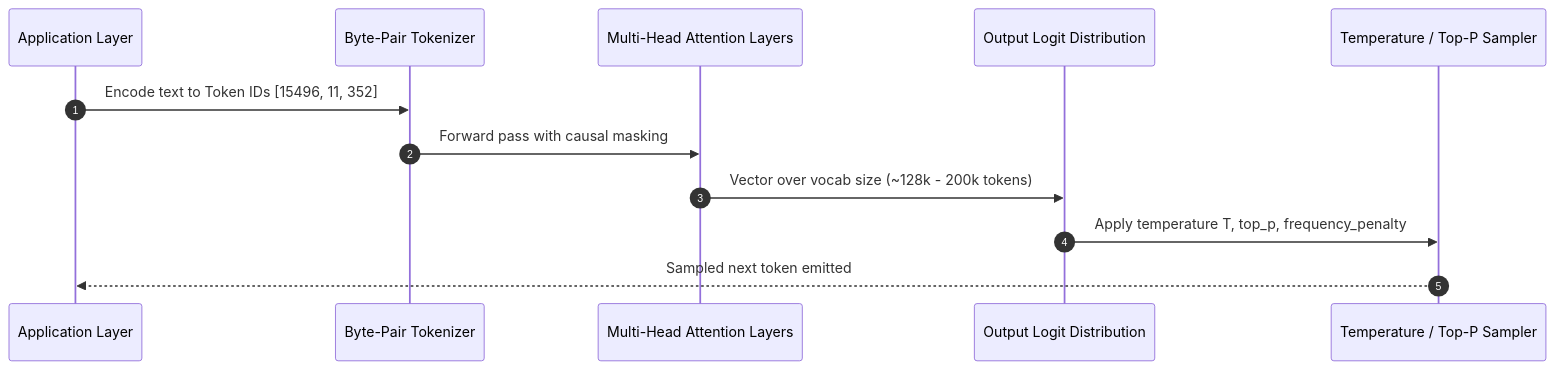
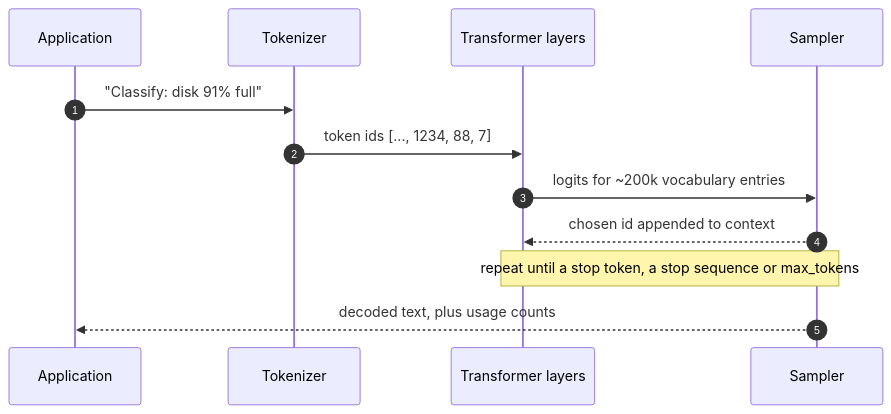
The fourth of 28 diagrams in README.md (TheLearningHubOrg/learn-prompt-engineering), drawn with Mermaid before and after one commit. The commit also changed other lines of this file and 39 other files, not shown here.

````diff
--- a/README.md
+++ b/README.md
@@ -59,15 +354,14 @@
 ```mermaid
 sequenceDiagram
     autonumber
-    participant App as Application Layer
-    participant Tok as Byte-Pair Tokenizer
-    participant Attn as Multi-Head Attention Layers
-    participant Logits as Output Logit Distribution
-    participant Sampler as Temperature / Top-P Sampler
-
-    App->>Tok: Encode text to Token IDs [15496, 11, 352]
-    Tok->>Attn: Forward pass with causal masking
-    Attn->>Logits: Vector over vocab size (~128k - 200k tokens)
-    Logits->>Sampler: Apply temperature T, top_p, frequency_penalty
-    Sampler-->>App: Sampled next token emitted
+    participant App as Application
+    participant Tok as Tokenizer
+    participant Net as Transformer layers
+    participant Samp as Sampler
+    App->>Tok: "Classify: disk 91% full"
+    Tok->>Net: token ids [..., 1234, 88, 7]
+    Net->>Samp: logits for ~200k vocabulary entries
+    Samp-->>Net: chosen id appended to context
+    Note over Net,Samp: repeat until a stop token, a stop sequence or max_tokens
+    Samp-->>App: decoded text, plus usage counts
 ```
````
